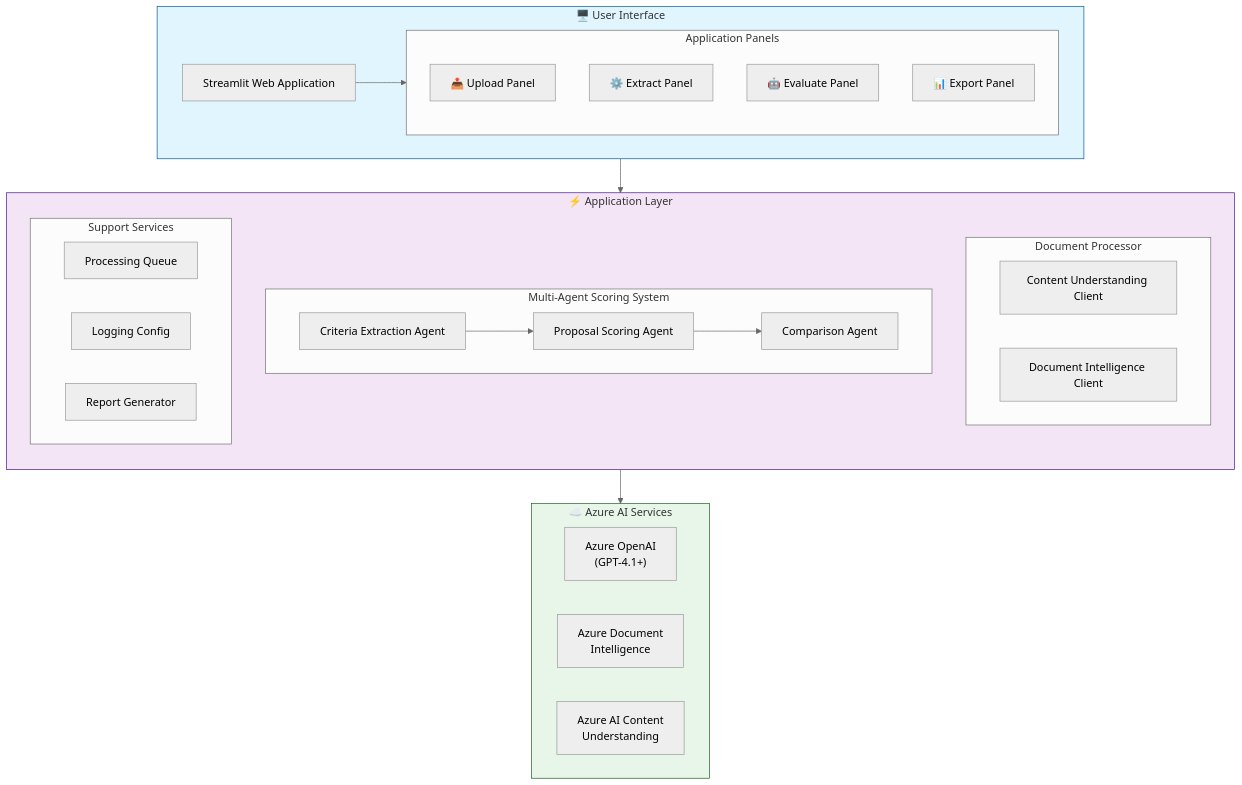
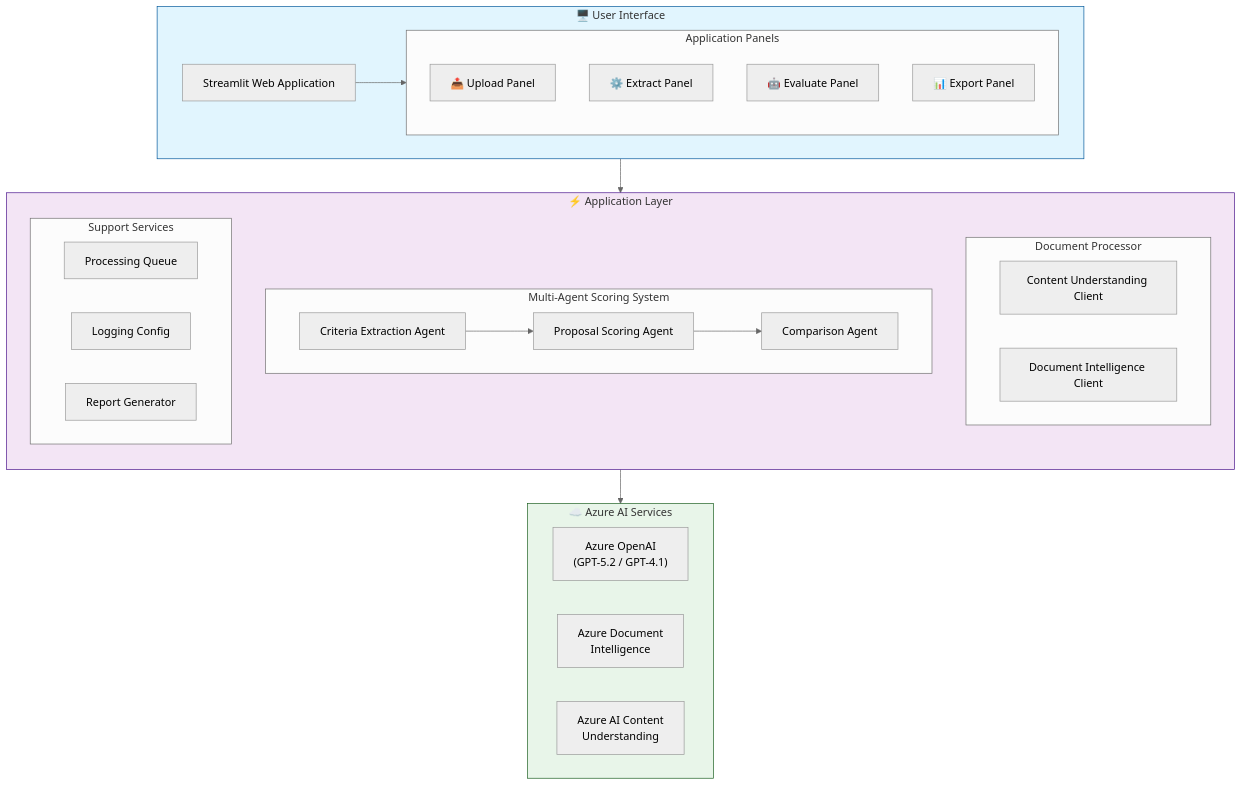
One commit to amgdy/rfp-analyzer changed the first of 23 diagrams in docs/ARCHITECTURE.md. Above: the diagram before and after it, drawn with Mermaid (neutral theme). The commit also changed other lines of this file and 5 other files, not shown here.

First line of the commit message:
Fix step1_upload IndentationError, update .env.example, IaC, README, and ARCHITECTURE docs

````diff
--- a/docs/ARCHITECTURE.md
+++ b/docs/ARCHITECTURE.md
@@ -33,49 +33,49 @@
 ```mermaid
 flowchart TB
     subgraph UI["🖥️ User Interface"]
         direction LR
         ST["Streamlit Web Application"]
         subgraph Panels["Application Panels"]
             UP["📤 Upload Panel"]
             EP["⚙️ Extract Panel"]
             EV["🤖 Evaluate Panel"]
             EX["📊 Export Panel"]
         end
         ST --> Panels
     end
 
     subgraph APP["⚡ Application Layer"]
         direction TB
         subgraph DP["Document Processor"]
             CU["Content Understanding Client"]
             DI["Document Intelligence Client"]
         end
         
         subgraph MAS["Multi-Agent Scoring System"]
             CEA["Criteria Extraction Agent"]
             PSA["Proposal Scoring Agent"]
             CA["Comparison Agent"]
             CEA --> PSA --> CA
         end
         
         subgraph SS["Support Services"]
             PQ["Processing Queue"]
             LC["Logging Config"]
             RG["Report Generator"]
         end
     end
 
     subgraph AZURE["☁️ Azure AI Services"]
         direction LR
-        AOA["Azure OpenAI<br>(GPT-4.1+)"]
+        AOA["Azure OpenAI<br>(GPT-5.2 / GPT-4.1)"]
         ADI["Azure Document<br>Intelligence"]
         ACU["Azure AI Content<br>Understanding"]
     end
 
     UI --> APP
     APP --> AZURE
     
     style UI fill:#e1f5fe,stroke:#01579b
     style APP fill:#f3e5f5,stroke:#4a148c
     style AZURE fill:#e8f5e9,stroke:#1b5e20
 ```
````
